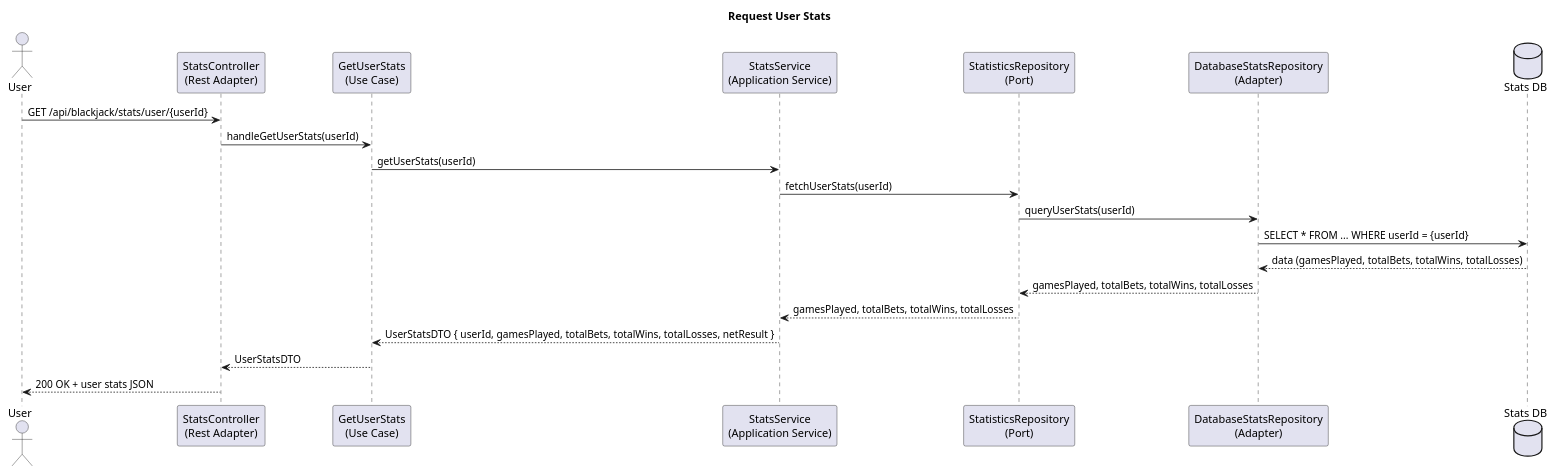
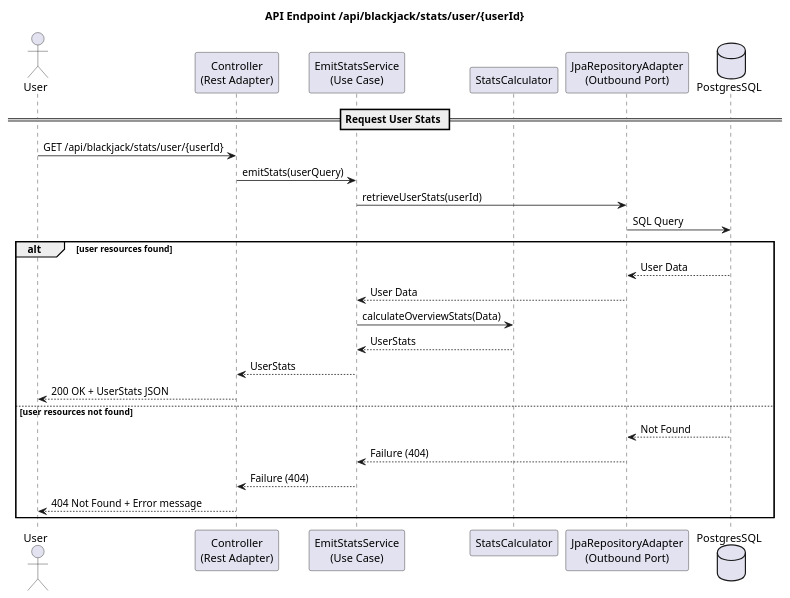
The diagram in docs/uml/sequence_diagram_stats_user.puml (voelkerh/Blackjack), drawn with PlantUML before and after one commit. The commit also changed 1 other file, not shown here.

Commit message:
Update sequence diagrams for stats

```diff
--- a/docs/uml/sequence_diagram_stats_user.puml
+++ b/docs/uml/sequence_diagram_stats_user.puml
@@ -1,29 +1,33 @@
 @startuml
-title Request User Stats
+title API Endpoint /api/blackjack/stats/user/{userId}
 
 actor User
 
-participant "StatsController\n(Rest Adapter)" as Controller
-participant "GetUserStats\n(Use Case)" as UseCase
-participant "StatsService\n(Application Service)" as Service
-participant "StatisticsRepository\n(Port)" as RepoPort
-participant "DatabaseStatsRepository\n(Adapter)" as RepoAdapter
-database "Stats DB" as DB
+participant "Controller\n(Rest Adapter)" as Controller
+participant "EmitStatsService\n(Use Case)" as Service
+participant "StatsCalculator" as Calculator
+participant "JpaRepositoryAdapter\n(Outbound Port)" as Adapter
+database PostgresSQL as DB
+
+== Request User Stats ==
 
 User -> Controller : GET /api/blackjack/stats/user/{userId}
+Controller -> Service : emitStats(userQuery)
+Service -> Adapter : retrieveUserStats(userId)
+Adapter -> DB : SQL Query
 
-Controller -> UseCase : handleGetUserStats(userId)
-UseCase -> Service : getUserStats(userId)
+alt user resources found
+    DB --> Adapter : User Data
+    Adapter --> Service : User Data
+    Service -> Calculator : calculateOverviewStats(Data)
+    Calculator --> Service : UserStats
+    Service --> Controller : UserStats
+    Controller --> User : 200 OK + UserStats JSON
 
-Service -> RepoPort : fetchUserStats(userId)
-RepoPort -> RepoAdapter : queryUserStats(userId)
-RepoAdapter -> DB : SELECT * FROM ... WHERE userId = {userId}
-DB --> RepoAdapter : data (gamesPlayed, totalBets, totalWins, totalLosses)
-RepoAdapter --> RepoPort : gamesPlayed, totalBets, totalWins, totalLosses
-RepoPort --> Service : gamesPlayed, totalBets, totalWins, totalLosses
-
-Service --> UseCase : UserStatsDTO { userId, gamesPlayed, totalBets, totalWins, totalLosses, netResult }
-UseCase --> Controller : UserStatsDTO
-Controller --> User : 200 OK + user stats JSON
-
+else user resources not found
+    DB --> Adapter : Not Found
+    Adapter --> Service : Failure (404)
+    Service --> Controller : Failure (404)
+    Controller --> User : 404 Not Found + Error message
+end
 @enduml
```
